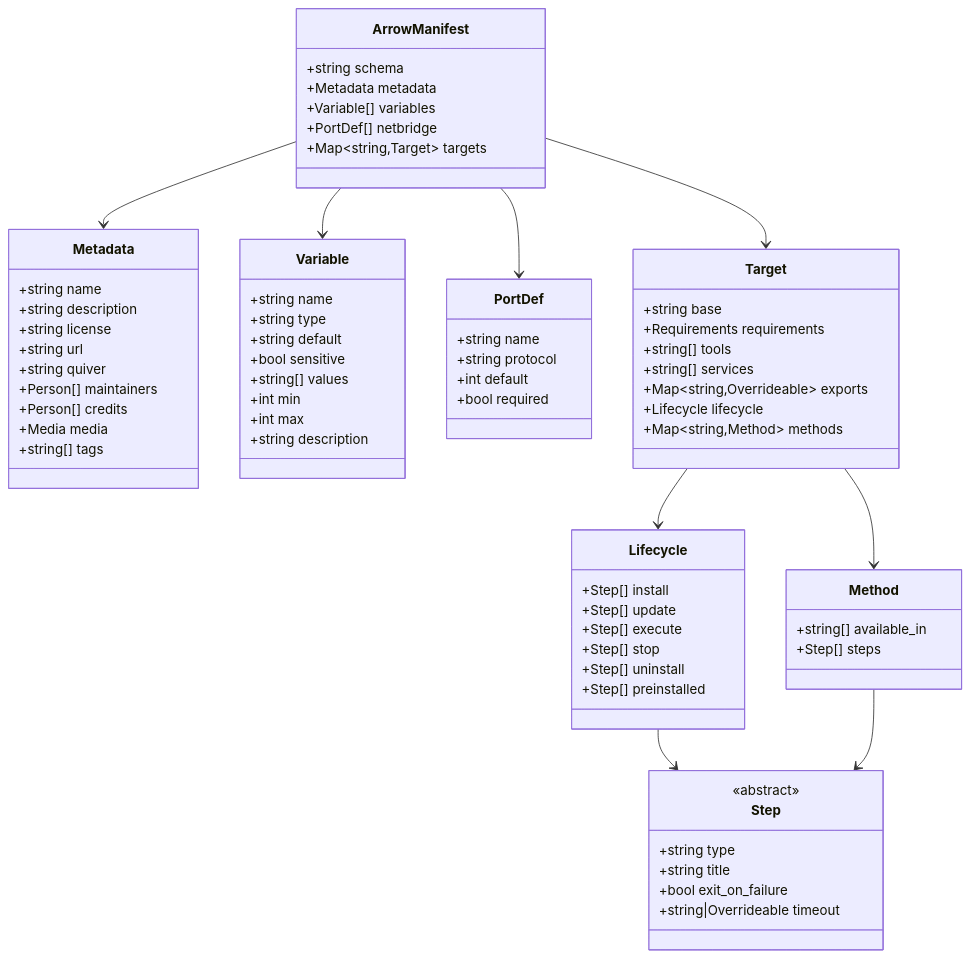
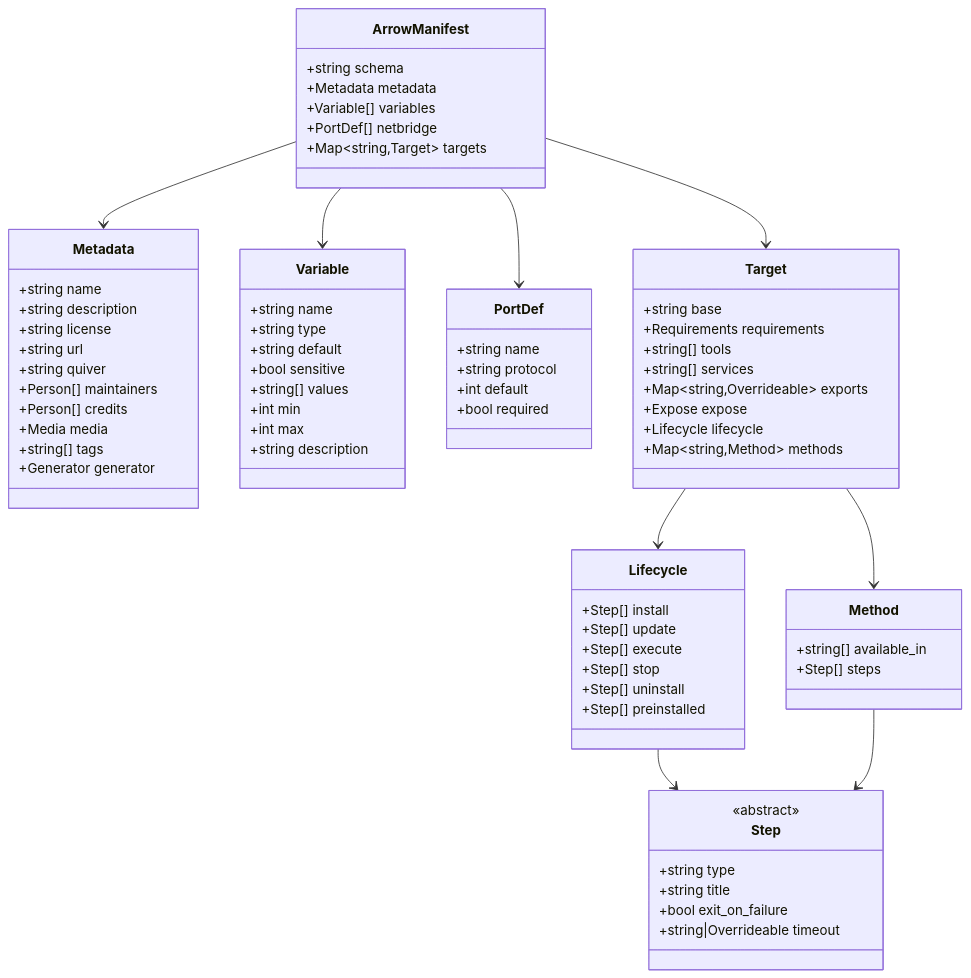
One commit to rabbytesoftware/quiver.core changed the first of 2 diagrams in docs/spec/manifests/v0/arrow.md. Above: the diagram before and after it, drawn with Mermaid. The commit also changed other lines of this file and 424 other files, not shown here.

````diff
--- a/docs/spec/manifests/v0/arrow.md
+++ b/docs/spec/manifests/v0/arrow.md
@@ -211,74 +218,76 @@
 ```mermaid
 classDiagram
     class ArrowManifest {
         +string schema
         +Metadata metadata
         +Variable[] variables
         +PortDef[] netbridge
         +Map~string,Target~ targets
     }
     class Metadata {
         +string name
         +string description
         +string license
         +string url
         +string quiver
         +Person[] maintainers
         +Person[] credits
         +Media media
         +string[] tags
+        +Generator generator
     }
     class Variable {
         +string name
         +string type
         +string default
         +bool sensitive
         +string[] values
         +int min
         +int max
         +string description
     }
     class PortDef {
         +string name
         +string protocol
         +int default
         +bool required
     }
     class Target {
         +string base
         +Requirements requirements
         +string[] tools
         +string[] services
         +Map~string,Overrideable~ exports
+        +Expose expose
         +Lifecycle lifecycle
         +Map~string,Method~ methods
     }
     class Lifecycle {
         +Step[] install
         +Step[] update
         +Step[] execute
         +Step[] stop
         +Step[] uninstall
         +Step[] preinstalled
     }
     class Step {
         <<abstract>>
         +string type
         +string title
         +bool exit_on_failure
         +string|Overrideable timeout
     }
     class Method {
         +string[] available_in
         +Step[] steps
     }
 
     ArrowManifest --> Metadata
     ArrowManifest --> Variable
     ArrowManifest --> PortDef
     ArrowManifest --> Target
     Target --> Lifecycle
     Target --> Method
     Lifecycle --> Step
     Method --> Step
 ```
````
